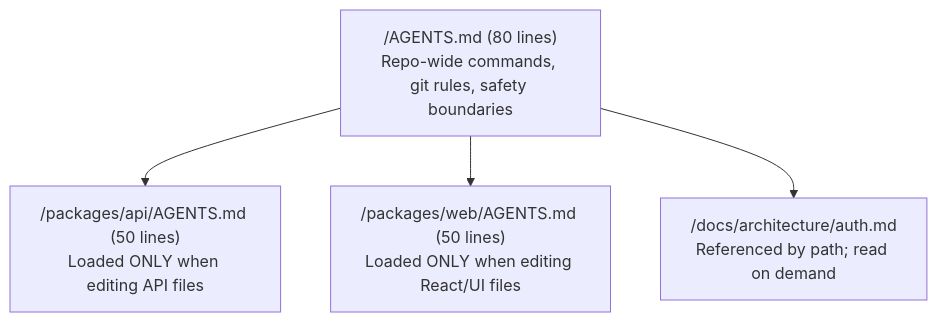
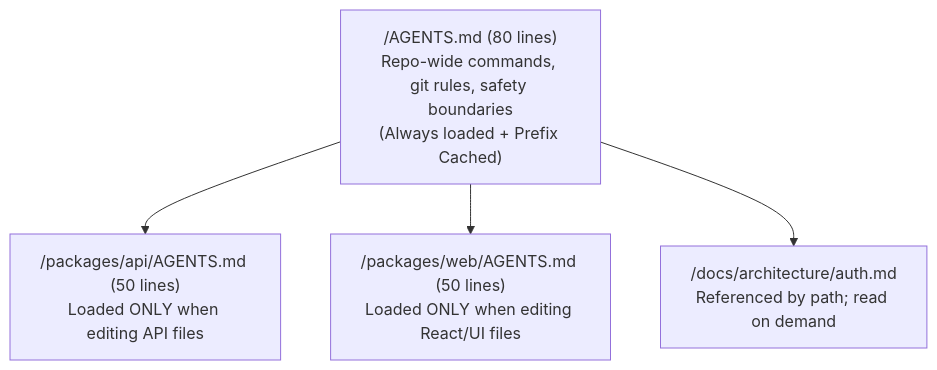
One commit to Amie-dev/FDE-and-GenAI-Mastery changed the first of 2 diagrams in Lecture 08 - Model Routing and Harness Velocity/notes/04_AGENTS_md_and_Repository_Context_Standards.md. Above: the diagram before and after it, drawn with Mermaid. The commit also changed other lines of this file and 92 other files, not shown here.

````diff
--- a/Lecture 08 - Model Routing and Harness Velocity/notes/04_AGENTS_md_and_Repository_Context_Standards.md
+++ b/Lecture 08 - Model Routing and Harness Velocity/notes/04_AGENTS_md_and_Repository_Context_Standards.md
@@ -80,6 +84,6 @@
 ```mermaid
 flowchart TD
-    Root["/AGENTS.md (80 lines)<br/>Repo-wide commands, git rules, safety boundaries"] --> SubA["/packages/api/AGENTS.md (50 lines)<br/>Loaded ONLY when editing API files"]
+    Root["/AGENTS.md (80 lines)<br/>Repo-wide commands, git rules, safety boundaries<br/>(Always loaded + Prefix Cached)"] --> SubA["/packages/api/AGENTS.md (50 lines)<br/>Loaded ONLY when editing API files"]
     Root --> SubB["/packages/web/AGENTS.md (50 lines)<br/>Loaded ONLY when editing React/UI files"]
     Root --> Docs["/docs/architecture/auth.md<br/>Referenced by path; read on demand"]
 ```
````
